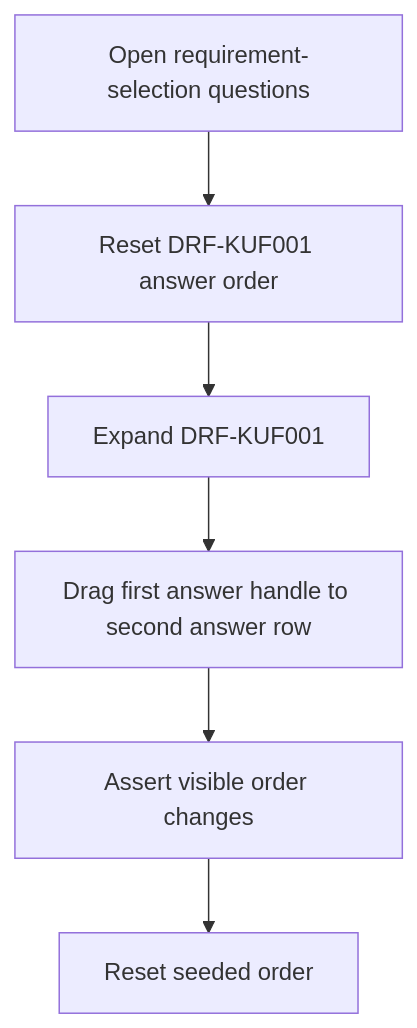
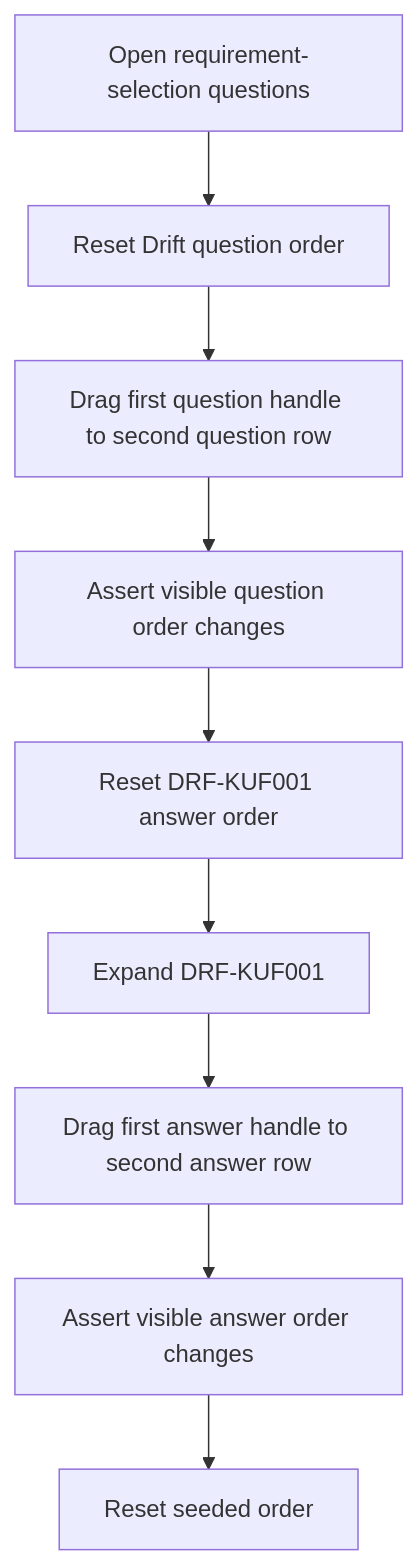
One commit to viscalyx/Kravhantering changed the first of 2 diagrams in tests/integration/requirement-selection-answer-dnd.md. Above: the diagram before and after it, drawn with Mermaid. The commit also changed other lines of this file and 3 other files, not shown here.

Commit message:
feat: enhance drag-and-drop for questions

````diff
--- a/tests/integration/requirement-selection-answer-dnd.md
+++ b/tests/integration/requirement-selection-answer-dnd.md
@@ -12,8 +12,11 @@
 ```mermaid
 flowchart TD
-    A[Open requirement-selection questions] --> B[Reset DRF-KUF001 answer order]
-    B --> C[Expand DRF-KUF001]
-    C --> D[Drag first answer handle to second answer row]
-    D --> E[Assert visible order changes]
-    E --> F[Reset seeded order]
+    A[Open requirement-selection questions] --> B[Reset Drift question order]
+    B --> C[Drag first question handle to second question row]
+    C --> D[Assert visible question order changes]
+    D --> E[Reset DRF-KUF001 answer order]
+    E --> F[Expand DRF-KUF001]
+    F --> G[Drag first answer handle to second answer row]
+    G --> H[Assert visible answer order changes]
+    H --> I[Reset seeded order]
 ```
````
